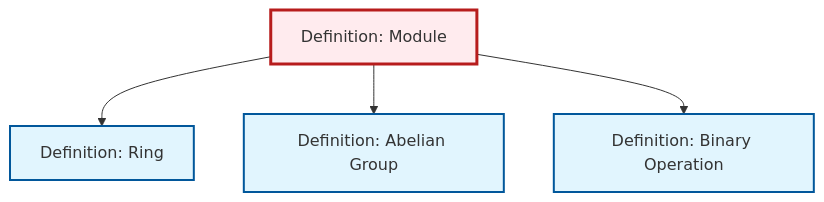
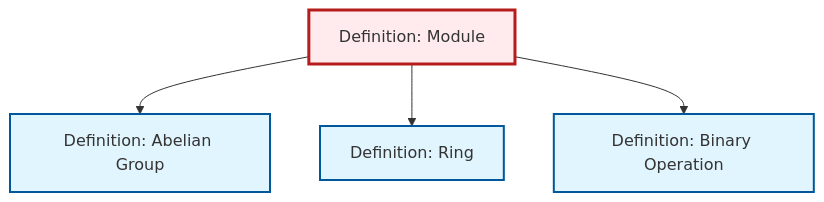
One commit to RK0429/ModernMath changed the diagram in content/ja/algebra/def-module.qmd. Above: the diagram before and after it, drawn with Mermaid. The commit also changed other lines of this file and 654 other files, not shown here.

````diff
--- a/content/ja/algebra/def-module.qmd
+++ b/content/ja/algebra/def-module.qmd
@@ -56,20 +56,20 @@
 ```{mermaid}
 %%| fig-cap: "Local dependency graph"
 graph TD
     classDef definition fill:#e1f5fe,stroke:#01579b,stroke-width:2px
     classDef theorem fill:#f3e5f5,stroke:#4a148c,stroke-width:2px
     classDef axiom fill:#fff3e0,stroke:#e65100,stroke-width:2px
     classDef example fill:#e8f5e9,stroke:#1b5e20,stroke-width:2px
     classDef current fill:#ffebee,stroke:#b71c1c,stroke-width:3px
-    def-module["Definition: Module"]:::definition
+    def-ring["Definition: Ring"]:::definition
     def-abelian-group["Definition: Abelian Group"]:::definition
     def-binary-operation["Definition: Binary Operation"]:::definition
-    def-ring["Definition: Ring"]:::definition
+    def-module["Definition: Module"]:::definition
+    def-module --> def-abelian-group
     def-module --> def-ring
-    def-module --> def-abelian-group
     def-module --> def-binary-operation
     class def-module current
+    click def-ring "def-ring.html" "Definition: Ringへ"
     click def-abelian-group "def-abelian-group.html" "Definition: Abelian Groupへ"
     click def-binary-operation "def-binary-operation.html" "Definition: Binary Operationへ"
-    click def-ring "def-ring.html" "Definition: Ringへ"
 ```
````
